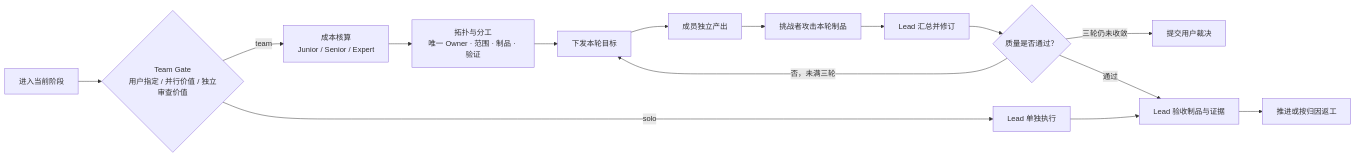
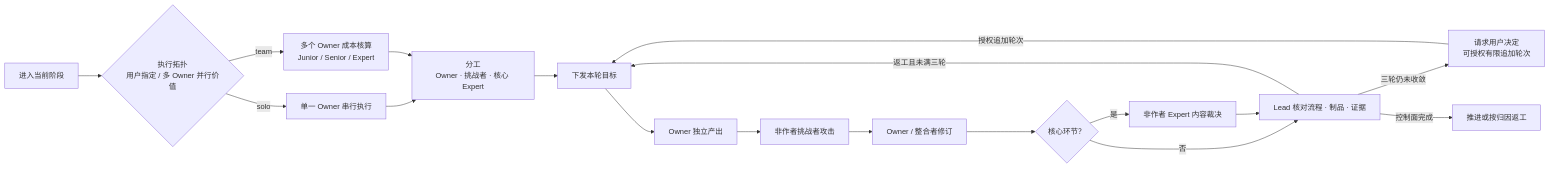
Before and after one commit to liyangink/team-work-runtime: the third of 3 diagrams in README.md, drawn with Mermaid. The commit also changed other lines of this file and 26 other files, not shown here.

````diff
--- a/README.md
+++ b/README.md
@@ -191,17 +191,20 @@
 ```mermaid
 flowchart LR
-  Enter["进入当前阶段"] --> Gate{"Team Gate<br/>用户指定 / 并行价值 / 独立审查价值"}
-  Gate -- "solo" --> Solo["Lead 单独执行"]
-  Gate -- "team" --> Cost["成本核算<br/>Junior / Senior / Expert"]
-  Cost --> Topology["拓扑与分工<br/>唯一 Owner · 范围 · 制品 · 验证"]
+  Enter["进入当前阶段"] --> Gate{"执行拓扑<br/>用户指定 / 多 Owner 并行价值"}
+  Gate -- "solo" --> Solo["单一 Owner 串行执行"]
+  Gate -- "team" --> Cost["多个 Owner 成本核算<br/>Junior / Senior / Expert"]
+  Solo --> Topology["分工<br/>Owner · 挑战者 · 核心 Expert"]
+  Cost --> Topology
   Topology --> Brief["下发本轮目标"]
-  Brief --> Members["成员独立产出"]
-  Members --> Challenge["挑战者攻击本轮制品"]
-  Challenge --> Merge["Lead 汇总并修订"]
-  Merge --> Decision{"质量是否通过？"}
-  Decision -- "否，未满三轮" --> Brief
-  Decision -- "三轮仍未收敛" --> Human["提交用户裁决"]
-  Decision -- "通过" --> StageGate["Lead 验收制品与证据"]
-  Solo --> StageGate
-  StageGate --> Flow["推进或按归因返工"]
+  Brief --> Members["Owner 独立产出"]
+  Members --> Challenge["非作者挑战者攻击"]
+  Challenge --> Merge["Owner / 整合者修订"]
+  Merge --> Expert{"核心环节？"}
+  Expert -- "是" --> Verdict["非作者 Expert 内容裁决"]
+  Expert -- "否" --> StageGate["Lead 核对流程 · 制品 · 证据"]
+  Verdict --> StageGate
+  StageGate -- "返工且未满三轮" --> Brief
+  StageGate -- "三轮仍未收敛" --> Human["请求用户决定<br/>可授权有限追加轮次"]
+  StageGate -- "控制面完成" --> Flow["推进或按归因返工"]
+  Human -- "授权追加轮次" --> Brief
 ```
````
